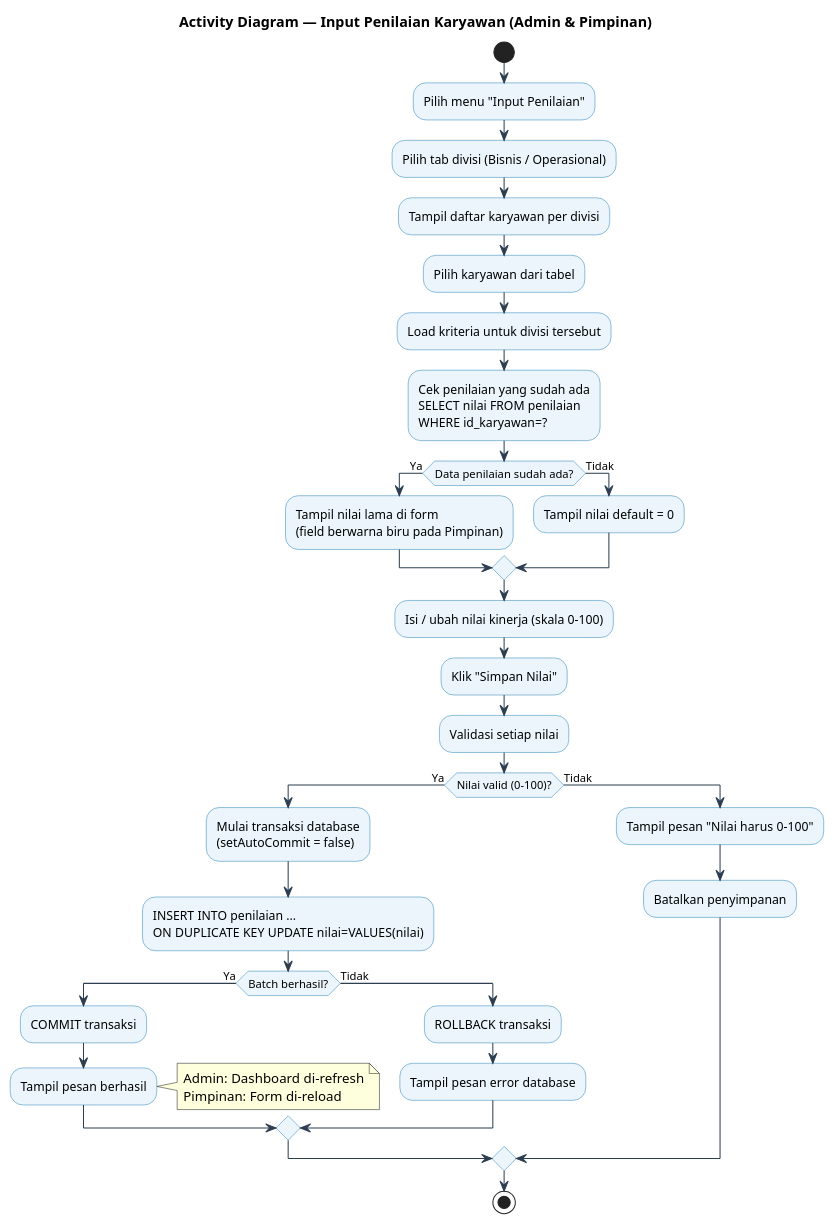
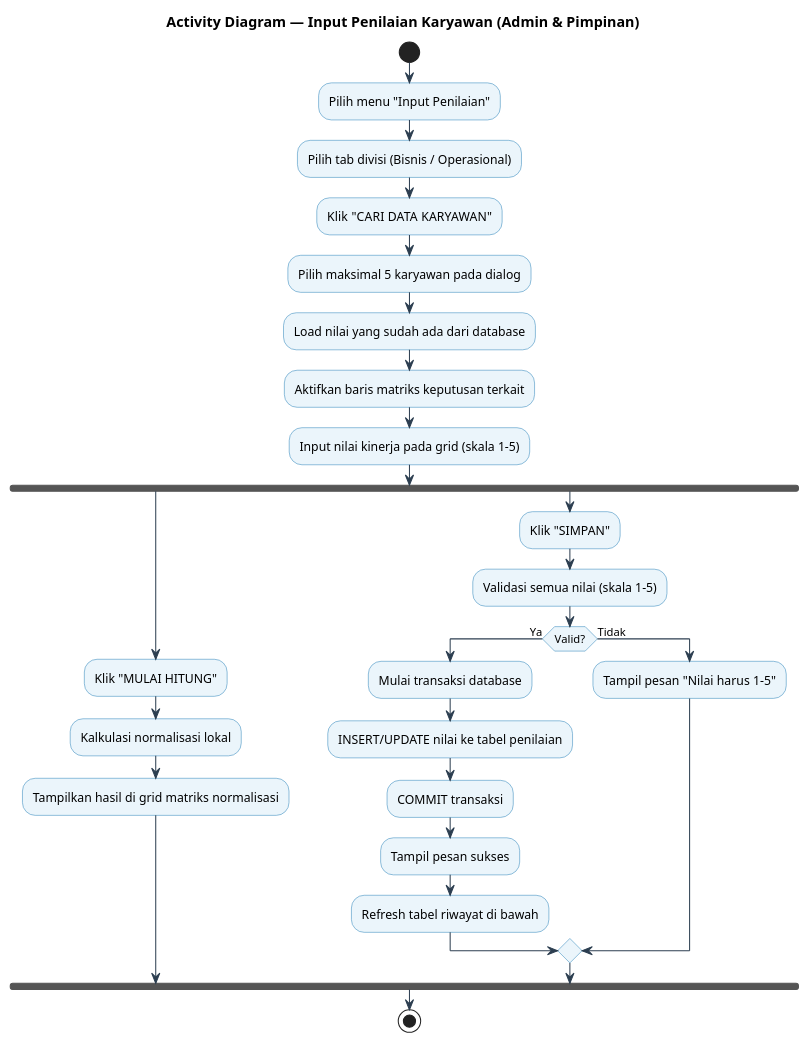
Before and after one commit to caidenrev/spk-bri-2.0: the fourth of 14 diagrams in BAB4_DIAGRAM.md, drawn with PlantUML. The commit also changed other lines of this file and 8 other files, not shown here.

````diff
--- a/BAB4_DIAGRAM.md
+++ b/BAB4_DIAGRAM.md
@@ -183,46 +183,36 @@
 ```plantuml
 @startuml ActivityPenilaian
 skinparam activityBackgroundColor #EBF5FB
 skinparam activityBorderColor #2980B9
 skinparam arrowColor #2C3E50
 title Activity Diagram — Input Penilaian Karyawan (Admin & Pimpinan)
 
 start
 :Pilih menu "Input Penilaian";
 :Pilih tab divisi (Bisnis / Operasional);
-:Tampil daftar karyawan per divisi;
-:Pilih karyawan dari tabel;
-:Load kriteria untuk divisi tersebut;
-:Cek penilaian yang sudah ada\nSELECT nilai FROM penilaian\nWHERE id_karyawan=?;
+:Klik "CARI DATA KARYAWAN";
+:Pilih maksimal 5 karyawan pada dialog;
+:Load nilai yang sudah ada dari database;
+:Aktifkan baris matriks keputusan terkait;
+:Input nilai kinerja pada grid (skala 1-5);
 
-if (Data penilaian sudah ada?) then (Ya)
-  :Tampil nilai lama di form\n(field berwarna biru pada Pimpinan);
-else (Tidak)
-  :Tampil nilai default = 0;
-endif
-
-:Isi / ubah nilai kinerja (skala 0-100);
-:Klik "Simpan Nilai";
-
-:Validasi setiap nilai;
-if (Nilai valid (0-100)?) then (Ya)
-  :Mulai transaksi database\n(setAutoCommit = false);
-  :INSERT INTO penilaian ...\nON DUPLICATE KEY UPDATE nilai=VALUES(nilai);
-  if (Batch berhasil?) then (Ya)
+fork
+  :Klik "MULAI HITUNG";
+  :Kalkulasi normalisasi lokal;
+  :Tampilkan hasil di grid matriks normalisasi;
+fork again
+  :Klik "SIMPAN";
+  :Validasi semua nilai (skala 1-5);
+  if (Valid?) then (Ya)
+    :Mulai transaksi database;
+    :INSERT/UPDATE nilai ke tabel penilaian;
     :COMMIT transaksi;
-    :Tampil pesan berhasil;
-    note right
-      Admin: Dashboard di-refresh
-      Pimpinan: Form di-reload
-    end note
+    :Tampil pesan sukses;
+    :Refresh tabel riwayat di bawah;
   else (Tidak)
-    :ROLLBACK transaksi;
-    :Tampil pesan error database;
+    :Tampil pesan "Nilai harus 1-5";
   endif
-else (Tidak)
-  :Tampil pesan "Nilai harus 0-100";
-  :Batalkan penyimpanan;
-endif
+end fork
 stop
 @enduml
 ```
````
